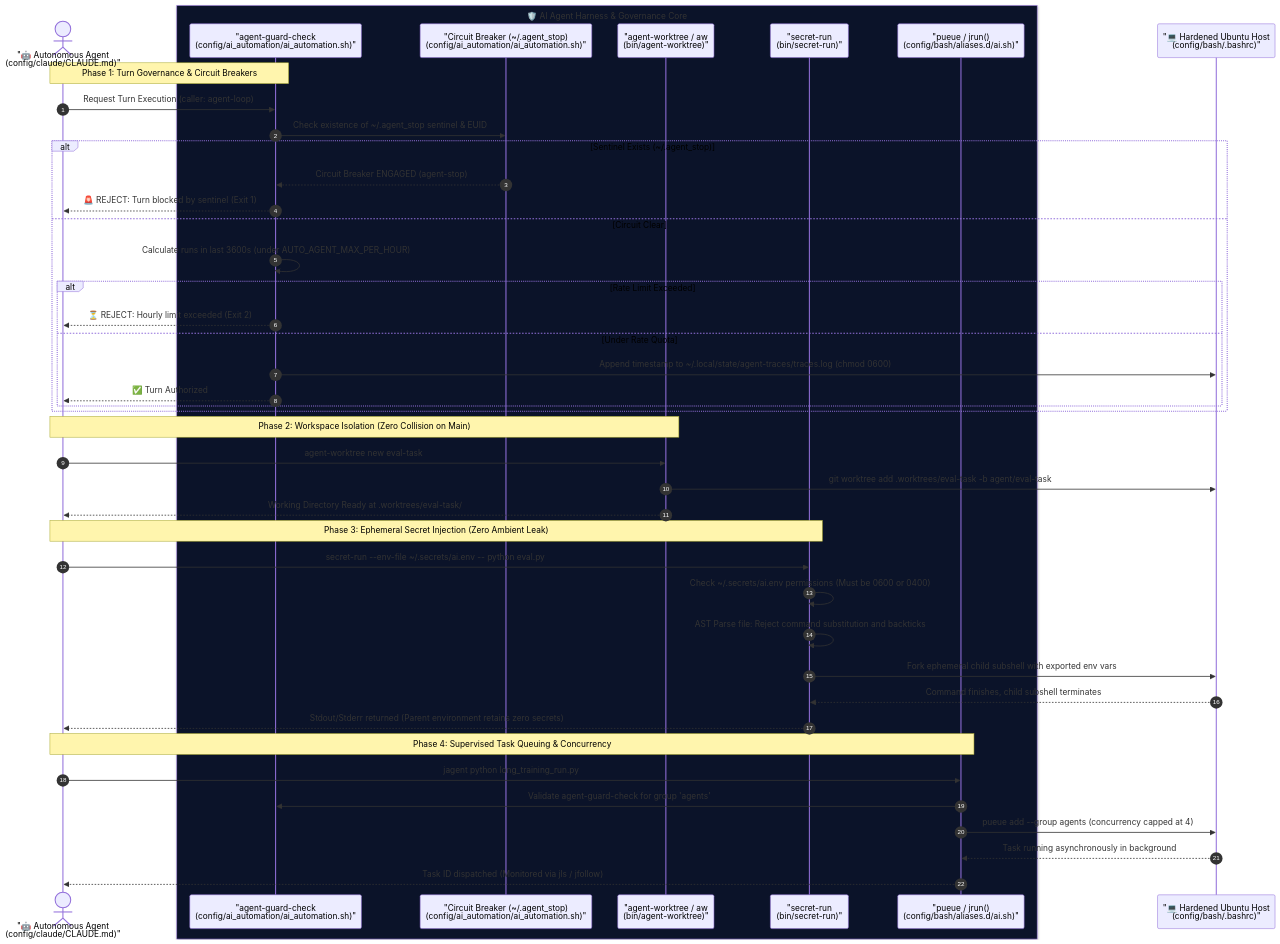
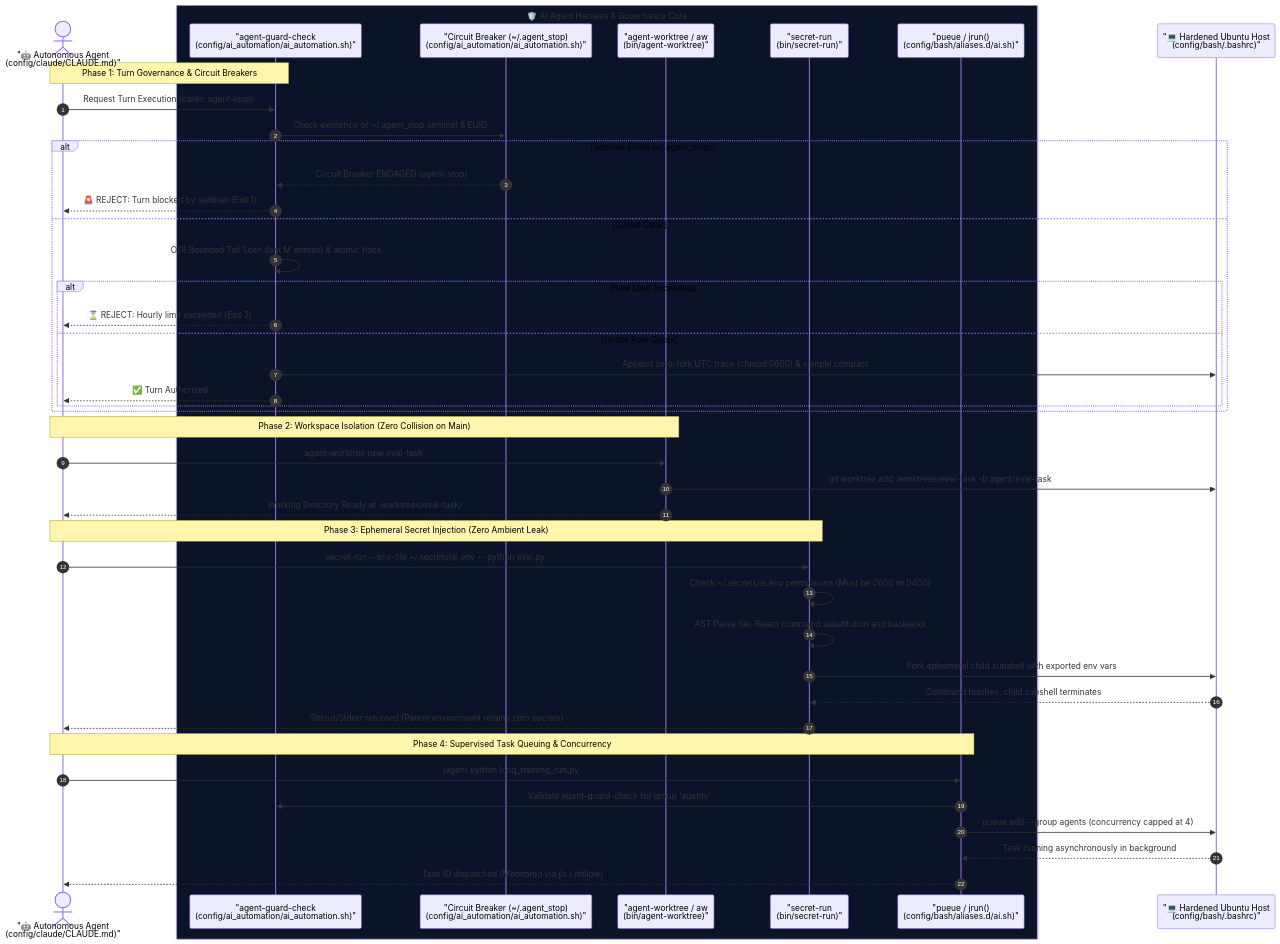
The second of 2 diagrams in docs/DIAGRAMS.md (jacob-adm/ai-automation-engineer-workstation), drawn with Mermaid before and after one commit. The commit also changed other lines of this file and 10 other files, not shown here.

First line of the commit message:
feat(runtime): optimize turn interception, enhance architectural diagrams & standardize 4-phase sequence

````diff
--- a/docs/DIAGRAMS.md
+++ b/docs/DIAGRAMS.md
@@ -362,49 +388,49 @@
 ```mermaid
 sequenceDiagram
     autonumber
     actor Agent as "🤖 Autonomous Agent<br/>(config/claude/CLAUDE.md)"
     box rgb(11, 19, 41) 🛡️ AI Agent Harness & Governance Core
         participant Guard as "agent-guard-check<br/>(config/ai_automation/ai_automation.sh)"
         participant Breaker as "Circuit Breaker (~/.agent_stop)<br/>(config/ai_automation/ai_automation.sh)"
         participant Worktree as "agent-worktree / aw<br/>(bin/agent-worktree)"
         participant SecRun as "secret-run<br/>(bin/secret-run)"
         participant Queue as "pueue / jrun()<br/>(config/bash/aliases.d/ai.sh)"
     end
     participant Host as "💻 Hardened Ubuntu Host<br/>(config/bash/.bashrc)"
 
     Note over Agent,Guard: Phase 1: Turn Governance & Circuit Breakers
     Agent->>Guard: Request Turn Execution (caller: agent-loop)
     Guard->>Breaker: Check existence of ~/.agent_stop sentinel & EUID
     alt Sentinel Exists (~/.agent_stop)
         Breaker-->>Guard: Circuit Breaker ENGAGED (agent-stop)
         Guard-->>Agent: 🚨 REJECT: Turn blocked by sentinel (Exit 1)
     else Circuit Clear
-        Guard->>Guard: Calculate runs in last 3600s (under AUTO_AGENT_MAX_PER_HOUR)
+        Guard->>Guard: O(1) Bounded Tail Scan (last M entries) & atomic flock
         alt Rate Limit Exceeded
             Guard-->>Agent: ⏳ REJECT: Hourly limit exceeded (Exit 2)
         else Under Rate Quota
-            Guard->>Host: Append timestamp to ~/.local/state/agent-traces/traces.log (chmod 0600)
+            Guard->>Host: Append zero-fork UTC trace (chmod 0600) & sample compact
             Guard-->>Agent: ✅ Turn Authorized
         end
     end
 
     Note over Agent,Worktree: Phase 2: Workspace Isolation (Zero Collision on Main)
     Agent->>Worktree: agent-worktree new eval-task
     Worktree->>Host: git worktree add .worktrees/eval-task -b agent/eval-task
     Worktree-->>Agent: Working Directory Ready at .worktrees/eval-task/
 
     Note over Agent,SecRun: Phase 3: Ephemeral Secret Injection (Zero Ambient Leak)
     Agent->>SecRun: secret-run --env-file ~/.secrets/ai.env -- python eval.py
     SecRun->>SecRun: Check ~/.secrets/ai.env permissions (Must be 0600 or 0400)
     SecRun->>SecRun: AST Parse file: Reject command substitution and backticks
     SecRun->>Host: Fork ephemeral child subshell with exported env vars
     Host-->>SecRun: Command finishes, child subshell terminates
     SecRun-->>Agent: Stdout/Stderr returned (Parent environment retains zero secrets)
 
     Note over Agent,Queue: Phase 4: Supervised Task Queuing & Concurrency
     Agent->>Queue: jagent python long_training_run.py
     Queue->>Guard: Validate agent-guard-check for group 'agents'
     Queue->>Host: pueue add --group agents (concurrency capped at 4)
     Host-->>Queue: Task running asynchronously in background
     Queue-->>Agent: Task ID dispatched (Monitored via jls / jfollow)
 ```
````
